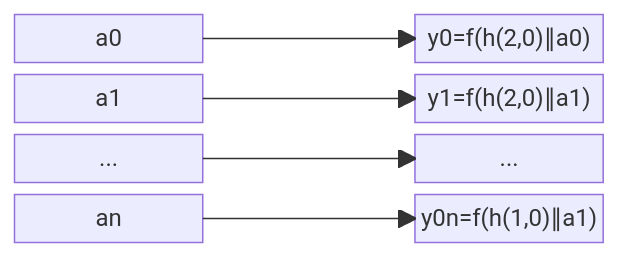
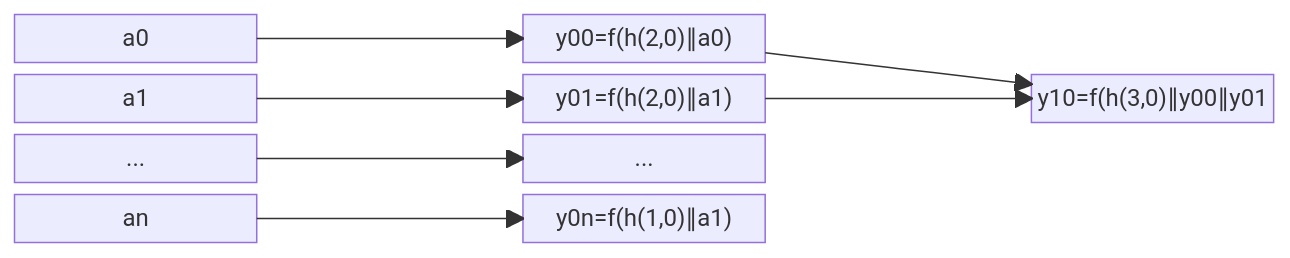
The second of 2 diagrams in notes/hash.md (sergey-shandar/public), drawn with Mermaid before and after one commit.

````diff
--- a/notes/hash.md
+++ b/notes/hash.md
@@ -75,12 +75,14 @@
 ```mermaid
 block-beta
-  columns 3
-  a0        space y00["y0=f(h(2,0)∥a0)"] 
-  a1        space y01["y1=f(h(2,0)∥a1)"]   
-  ai["..."] space y0i["..."]
-  an        space y0n["y0n=f(h(1,0)∥a1)"] 
+  columns 5
+  a0        space y00["y00=f(h(2,0)∥a0)"] space:2
+  a1        space y01["y01=f(h(2,0)∥a1)"] space   y10["y10=f(h(3,0)∥y00∥y01"]  
+  ai["..."] space y0i["..."]              space:2
+  an        space y0n["y0n=f(h(1,0)∥a1)"] space:2
   a0-->y00
   a1-->y01
   ai-->y0i
   an-->y0n
+  y00-->y10
+  y01-->y10
 ```
````
